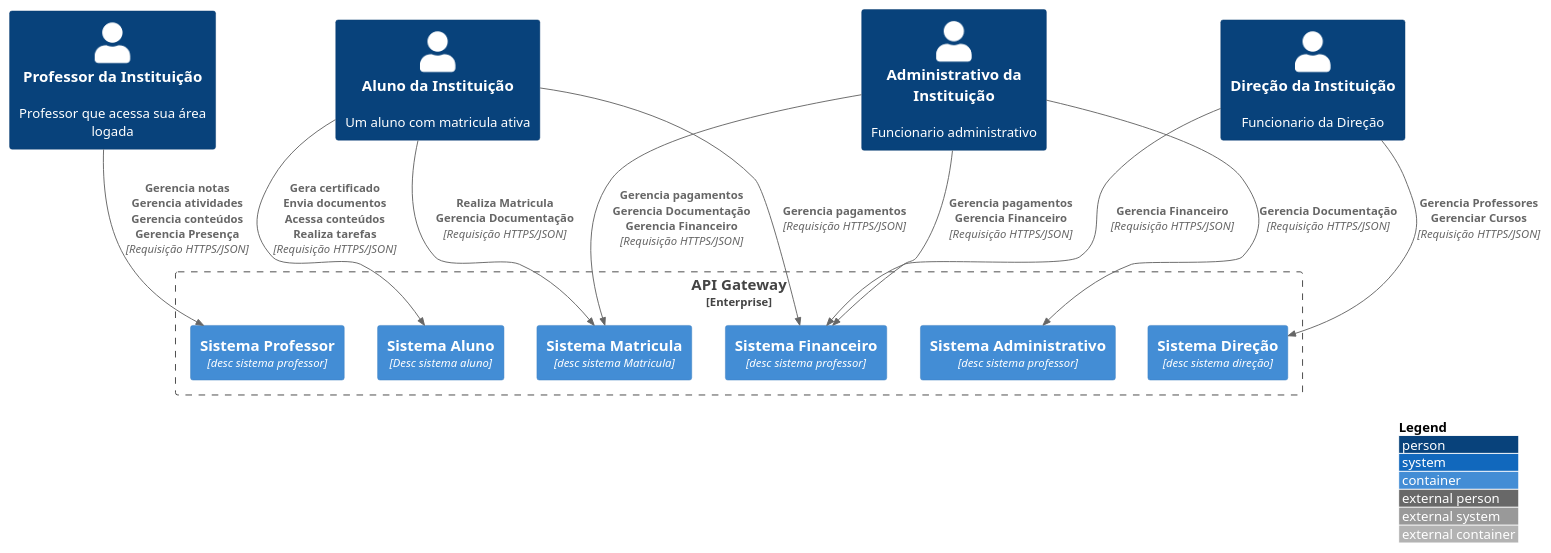
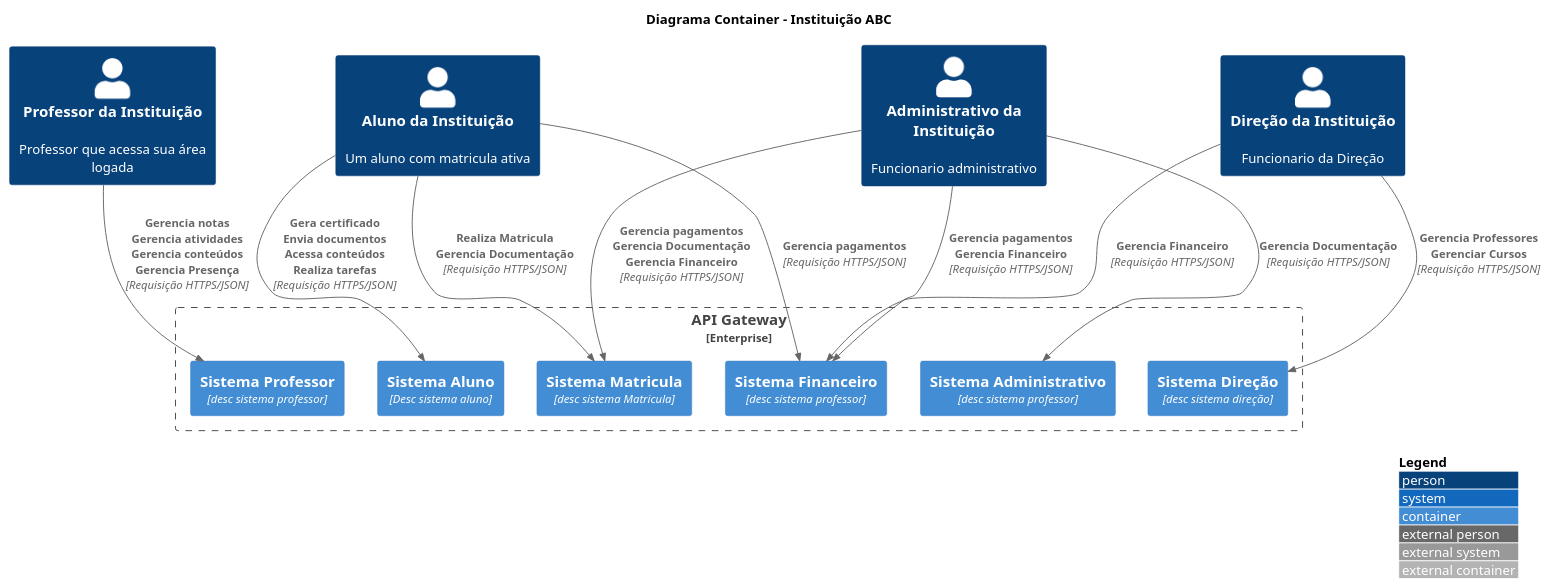
Before and after one commit to PosGraduacaoEquipe7/diagramas-plant-uml: the diagram in c4model/nivel_2_container_diagrama.puml, drawn with PlantUML. The commit also changed 1 other file, not shown here.

```diff
--- a/c4model/nivel_2_container_diagrama.puml
+++ b/c4model/nivel_2_container_diagrama.puml
@@ -1,39 +1,41 @@
 @startuml C4_Elements
 !include https://raw.githubusercontent.com/plantuml-stdlib/C4-PlantUML/master/C4_Container.puml
 
 'LAYOUT_TOP_DOWN()
 LAYOUT_WITH_LEGEND()
+
+title Diagrama Container - Instituição ABC
 
 Person(aluno, "Aluno da Instituição","Um aluno com matricula ativa")
 Person(professor, "Professor da Instituição", "Professor que acessa sua área logada")
 Person(admin, "Administrativo da Instituição", "Funcionario administrativo")
 Person(direcao, "Direção da Instituição", "Funcionario da Direção")
 
 Enterprise_Boundary(c1, "API Gateway") {
 
         Container(systemAluno, "Sistema Aluno", "Desc sistema aluno")
         Container(systemAluno, "Sistema Aluno", "Desc sistema aluno")
         Container(systemProfessor, "Sistema Professor", "desc sistema professor")
         Container(systemFinanceiro, "Sistema Financeiro", "desc sistema professor")
         Container(systemAdministrativo, "Sistema Administrativo", "desc sistema professor")
 
         Container(systemDirecao, "Sistema Direção", "desc sistema direção")
         Container(systemMatricula, "Sistema Matricula", "desc sistema Matricula")
 }
 
 'Rel_U, Rel_Up
 'Rel_D, Rel_Down
 'Rel_L, Rel_Left
 'Rel_R, Rel_Right
 
 Rel(aluno, systemAluno ,"Gera certificado\nEnvia documentos\nAcessa conteúdos\nRealiza tarefas", "Requisição HTTPS/JSON")
 Rel(aluno, systemMatricula , "Realiza Matricula\nGerencia Documentação", "Requisição HTTPS/JSON")
 Rel(aluno, systemFinanceiro , "Gerencia pagamentos", "Requisição HTTPS/JSON")
 Rel(professor, systemProfessor , "Gerencia notas\nGerencia atividades\nGerencia conteúdos\nGerencia Presença", "Requisição HTTPS/JSON")
 Rel(admin, systemAdministrativo , "Gerencia Documentação", "Requisição HTTPS/JSON")
 Rel(admin, systemFinanceiro , "Gerencia pagamentos\nGerencia Financeiro", "Requisição HTTPS/JSON")
 Rel(admin, systemMatricula , "Gerencia pagamentos\nGerencia Documentação\nGerencia Financeiro", "Requisição HTTPS/JSON")
 Rel(direcao, systemDirecao , "Gerencia Professores\nGerenciar Cursos", "Requisição HTTPS/JSON")
 Rel(direcao, systemFinanceiro , "Gerencia Financeiro", "Requisição HTTPS/JSON")
 
 @enduml
```
